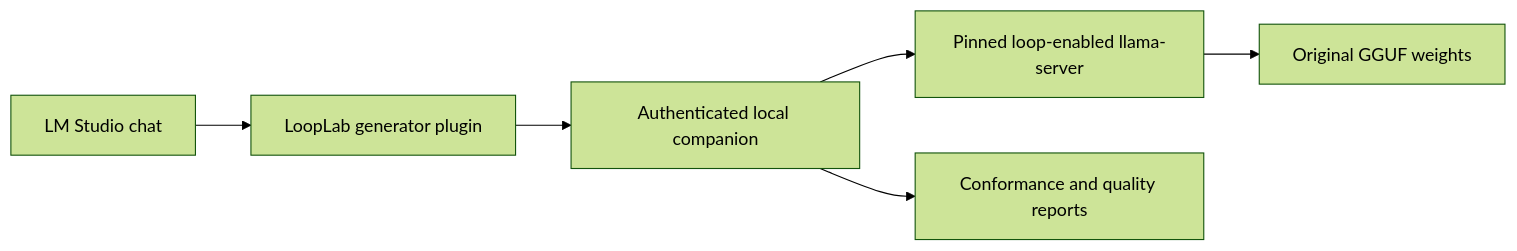
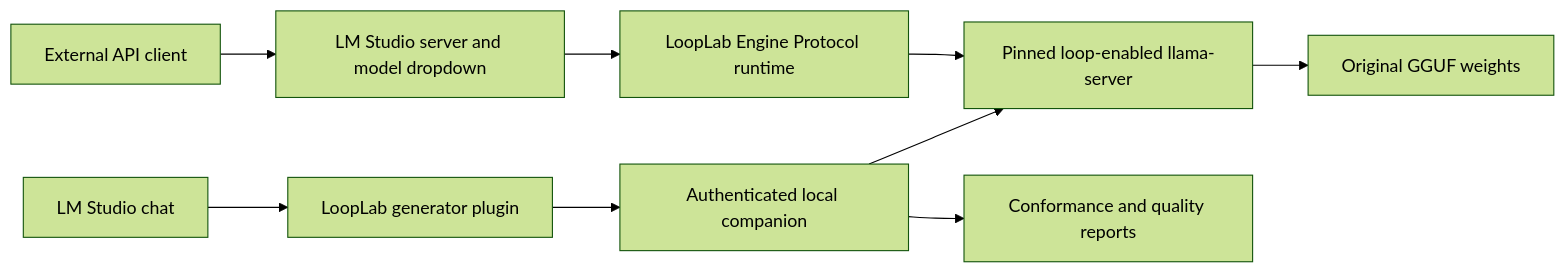
Before and after one commit to bouldinnathan/lmstudio-looplab: the diagram in README.md, drawn with Mermaid (forest theme). The commit also changed other lines of this file and 17 other files, not shown here.

````diff
--- a/README.md
+++ b/README.md
@@ -7,8 +7,11 @@
 ```mermaid
 flowchart LR
+    Client[External API client] --> LMS[LM Studio server and model dropdown]
+    LMS --> Bridge[LoopLab Engine Protocol runtime]
+    Bridge --> Runtime
     Chat[LM Studio chat] --> Plugin[LoopLab generator plugin]
     Plugin --> API[Authenticated local companion]
     API --> Runtime[Pinned loop-enabled llama-server]
     Runtime --> Weights[Original GGUF weights]
     API --> Tests[Conformance and quality reports]
 ```
````
